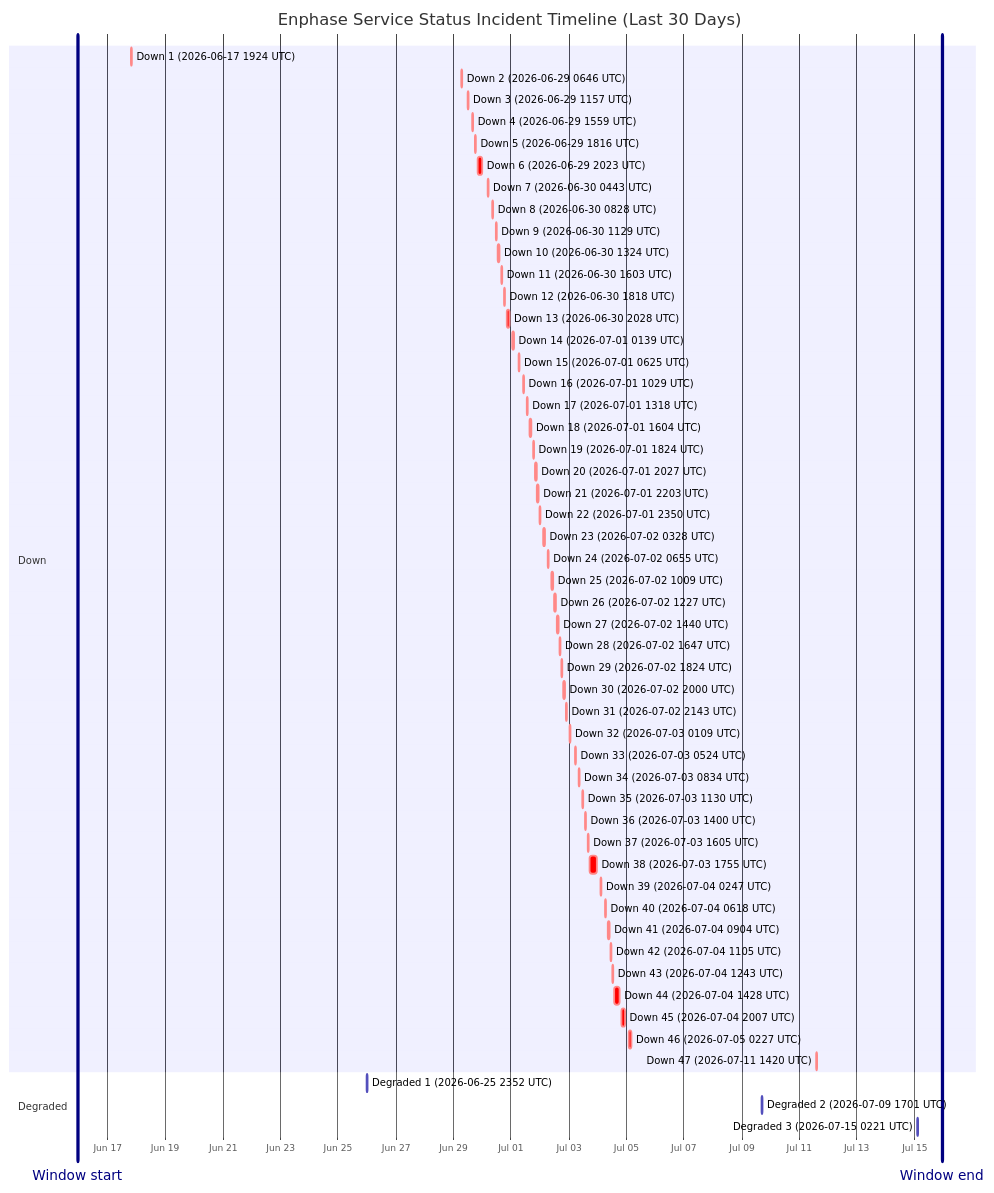
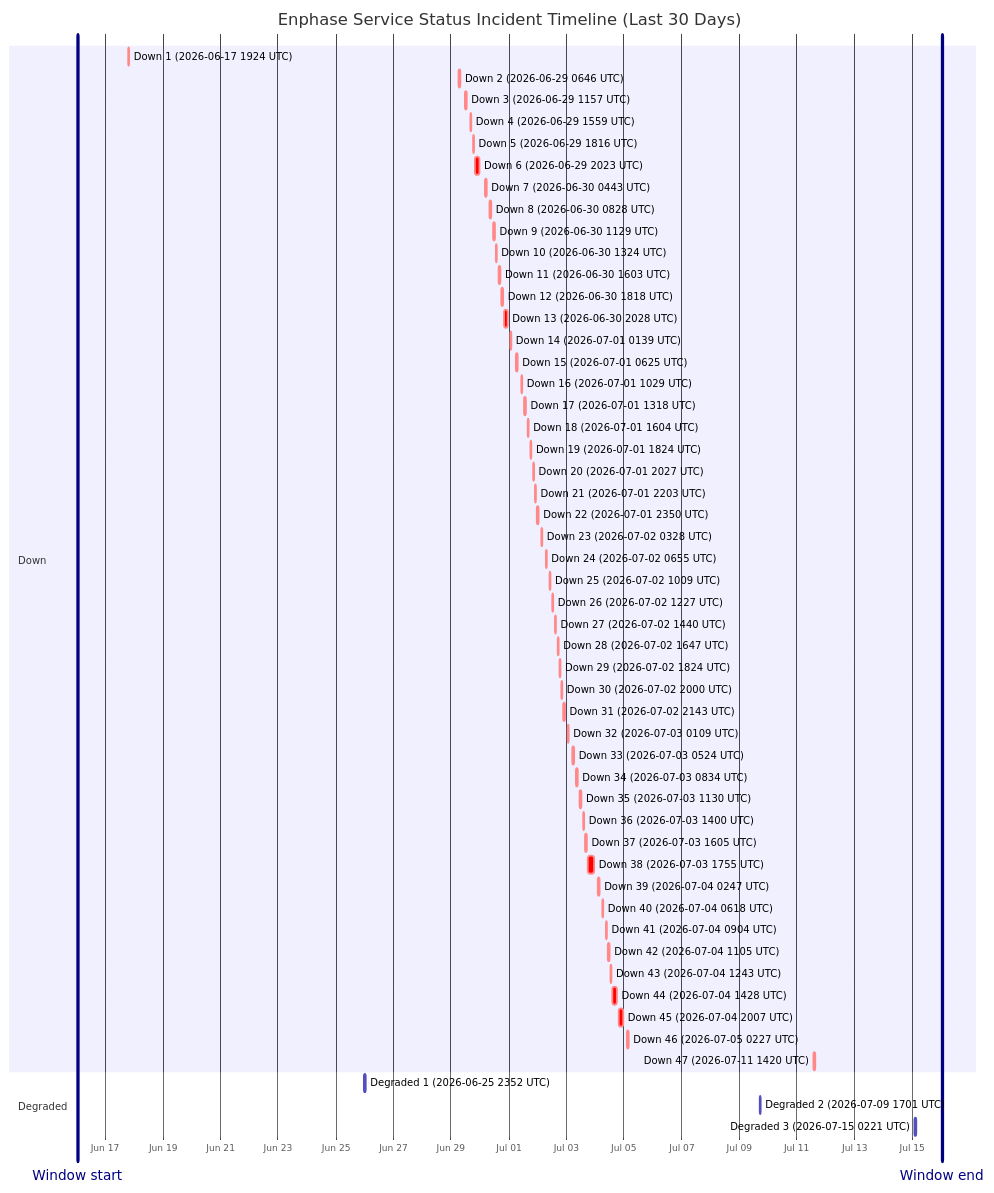
The diagram in wiki/Service-Status-History.md (barneyonline/ha-enphase-energy), drawn with Mermaid before and after one commit. The commit also changed other lines of this file and 3 other files, not shown here.

````diff
--- a/wiki/Service-Status-History.md
+++ b/wiki/Service-Status-History.md
@@ -14,60 +14,60 @@
 ```mermaid
 gantt
     title Enphase Service Status Incident Timeline (Last 30 Days)
     dateFormat  YYYY-MM-DDTHH:mm:ss
     axisFormat  %b %d
-    Window start :vert, window-start, 2026-06-15T23:04:37, 0ms
-    Window end :vert, window-end, 2026-07-15T23:04:37, 0ms
+    Window start :vert, window-start, 2026-06-16T00:55:10, 0ms
+    Window end :vert, window-end, 2026-07-16T00:55:10, 0ms
     section Down
     Down 1 (2026-06-17 1924 UTC) :crit, down-1, 2026-06-17T19:24:51, 60m
     Down 2 (2026-06-29 0646 UTC) :crit, down-2, 2026-06-29T06:46:18, 60m
     Down 3 (2026-06-29 1157 UTC) :crit, down-3, 2026-06-29T11:57:36, 60m
     Down 4 (2026-06-29 1559 UTC) :crit, down-4, 2026-06-29T15:59:02, 60m
     Down 5 (2026-06-29 1816 UTC) :crit, down-5, 2026-06-29T18:16:38, 60m
     Down 6 (2026-06-29 2023 UTC) :crit, down-6, 2026-06-29T20:23:16, 220m
     Down 7 (2026-06-30 0443 UTC) :crit, down-7, 2026-06-30T04:43:54, 60m
     Down 8 (2026-06-30 0828 UTC) :crit, down-8, 2026-06-30T08:28:43, 60m
     Down 9 (2026-06-30 1129 UTC) :crit, down-9, 2026-06-30T11:29:15, 60m
     Down 10 (2026-06-30 1324 UTC) :crit, down-10, 2026-06-30T13:24:25, 60m
     Down 11 (2026-06-30 1603 UTC) :crit, down-11, 2026-06-30T16:03:26, 60m
     Down 12 (2026-06-30 1818 UTC) :crit, down-12, 2026-06-30T18:18:39, 60m
     Down 13 (2026-06-30 2028 UTC) :crit, down-13, 2026-06-30T20:28:54, 171m
     Down 14 (2026-07-01 0139 UTC) :crit, down-14, 2026-07-01T01:39:18, 60m
     Down 15 (2026-07-01 0625 UTC) :crit, down-15, 2026-07-01T06:25:35, 60m
     Down 16 (2026-07-01 1029 UTC) :crit, down-16, 2026-07-01T10:29:24, 60m
     Down 17 (2026-07-01 1318 UTC) :crit, down-17, 2026-07-01T13:18:31, 60m
     Down 18 (2026-07-01 1604 UTC) :crit, down-18, 2026-07-01T16:04:29, 60m
     Down 19 (2026-07-01 1824 UTC) :crit, down-19, 2026-07-01T18:24:21, 60m
     Down 20 (2026-07-01 2027 UTC) :crit, down-20, 2026-07-01T20:27:17, 60m
     Down 21 (2026-07-01 2203 UTC) :crit, down-21, 2026-07-01T22:03:46, 60m
     Down 22 (2026-07-01 2350 UTC) :crit, down-22, 2026-07-01T23:50:52, 60m
     Down 23 (2026-07-02 0328 UTC) :crit, down-23, 2026-07-02T03:28:33, 60m
     Down 24 (2026-07-02 0655 UTC) :crit, down-24, 2026-07-02T06:55:07, 60m
     Down 25 (2026-07-02 1009 UTC) :crit, down-25, 2026-07-02T10:09:15, 60m
     Down 26 (2026-07-02 1227 UTC) :crit, down-26, 2026-07-02T12:27:49, 60m
     Down 27 (2026-07-02 1440 UTC) :crit, down-27, 2026-07-02T14:40:53, 60m
     Down 28 (2026-07-02 1647 UTC) :crit, down-28, 2026-07-02T16:47:47, 60m
     Down 29 (2026-07-02 1824 UTC) :crit, down-29, 2026-07-02T18:24:26, 60m
     Down 30 (2026-07-02 2000 UTC) :crit, down-30, 2026-07-02T20:00:57, 60m
     Down 31 (2026-07-02 2143 UTC) :crit, down-31, 2026-07-02T21:43:52, 80m
     Down 32 (2026-07-03 0109 UTC) :crit, down-32, 2026-07-03T01:09:19, 60m
     Down 33 (2026-07-03 0524 UTC) :crit, down-33, 2026-07-03T05:24:23, 60m
     Down 34 (2026-07-03 0834 UTC) :crit, down-34, 2026-07-03T08:34:05, 60m
     Down 35 (2026-07-03 1130 UTC) :crit, down-35, 2026-07-03T11:30:41, 60m
     Down 36 (2026-07-03 1400 UTC) :crit, down-36, 2026-07-03T14:00:48, 60m
     Down 37 (2026-07-03 1605 UTC) :crit, down-37, 2026-07-03T16:05:49, 60m
     Down 38 (2026-07-03 1755 UTC) :crit, down-38, 2026-07-03T17:55:54, 338m
     Down 39 (2026-07-04 0247 UTC) :crit, down-39, 2026-07-04T02:47:22, 60m
     Down 40 (2026-07-04 0618 UTC) :crit, down-40, 2026-07-04T06:18:09, 60m
     Down 41 (2026-07-04 0904 UTC) :crit, down-41, 2026-07-04T09:04:41, 60m
     Down 42 (2026-07-04 1105 UTC) :crit, down-42, 2026-07-04T11:05:21, 60m
     Down 43 (2026-07-04 1243 UTC) :crit, down-43, 2026-07-04T12:43:25, 60m
     Down 44 (2026-07-04 1428 UTC) :crit, down-44, 2026-07-04T14:28:07, 243m
     Down 45 (2026-07-04 2007 UTC) :crit, down-45, 2026-07-04T20:07:50, 206m
     Down 46 (2026-07-05 0227 UTC) :crit, down-46, 2026-07-05T02:27:32, 109m
     Down 47 (2026-07-11 1420 UTC) :crit, down-47, 2026-07-11T14:20:54, 69m
     section Degraded
     Degraded 1 (2026-06-25 2352 UTC) :active, degraded-1, 2026-06-25T23:52:01, 60m
     Degraded 2 (2026-07-09 1701 UTC) :active, degraded-2, 2026-07-09T17:01:02, 60m
     Degraded 3 (2026-07-15 0221 UTC) :active, degraded-3, 2026-07-15T02:21:35, 60m
 ```
````
